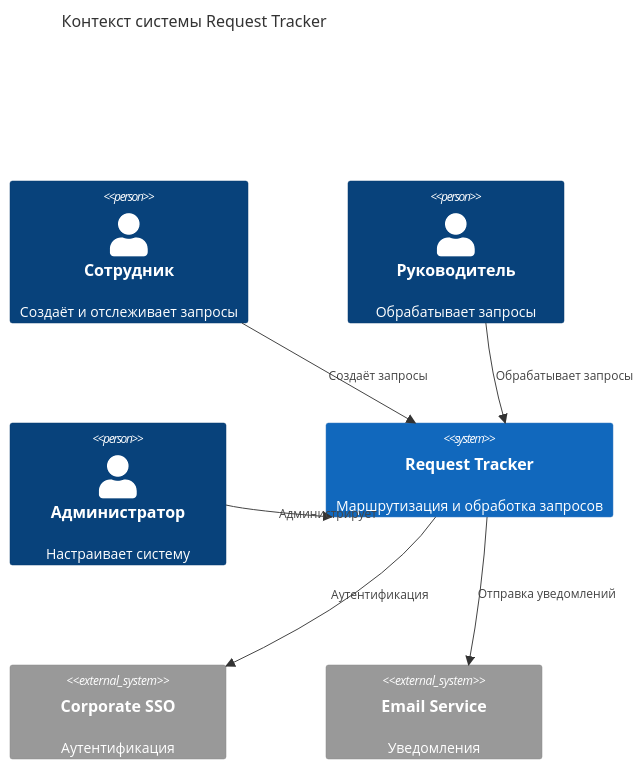
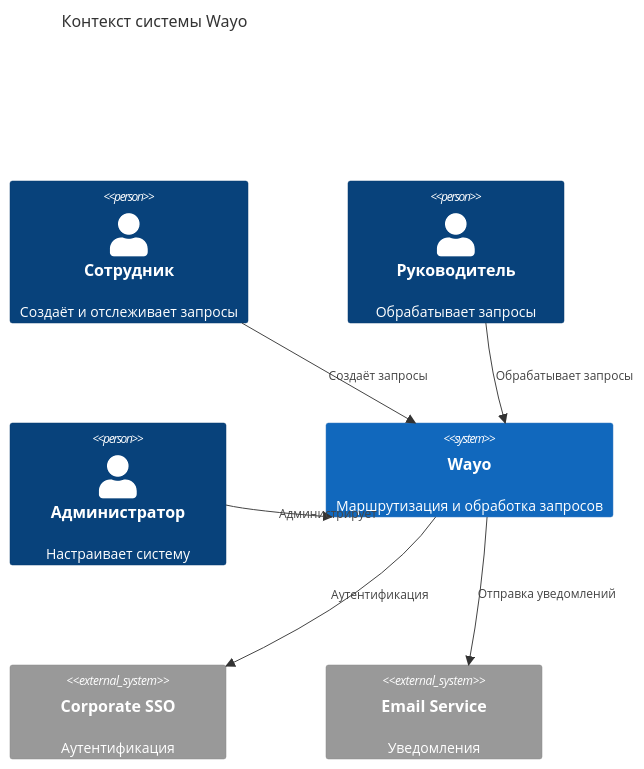
Before and after one commit to RELECT555/tracker_task: the diagram in docs/01-overview.md, drawn with Mermaid. The commit also changed other lines of this file and 33 other files, not shown here.

````diff
--- a/docs/01-overview.md
+++ b/docs/01-overview.md
@@ -128,18 +128,18 @@
 ```mermaid
 C4Context
-    title Контекст системы Request Tracker
+    title Контекст системы Wayo
 
     Person(employee, "Сотрудник", "Создаёт и отслеживает запросы")
     Person(manager, "Руководитель", "Обрабатывает запросы")
     Person(admin, "Администратор", "Настраивает систему")
 
-    System(tracker, "Request Tracker", "Маршрутизация и обработка запросов")
+    System(tracker, "Wayo", "Маршрутизация и обработка запросов")
     System_Ext(sso, "Corporate SSO", "Аутентификация")
     System_Ext(email, "Email Service", "Уведомления")
 
     Rel(employee, tracker, "Создаёт запросы")
     Rel(manager, tracker, "Обрабатывает запросы")
     Rel(admin, tracker, "Администрирует")
     Rel(tracker, sso, "Аутентификация")
     Rel(tracker, email, "Отправка уведомлений")
 ```
````
